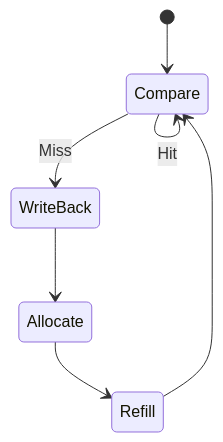
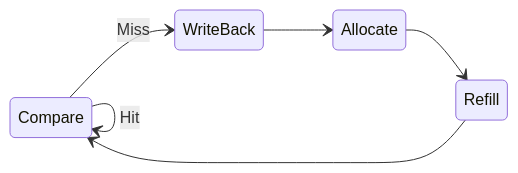
Before and after one commit to aileen-byte/Team14: the second of 2 diagrams in README.md, drawn with Mermaid.

````diff
--- a/README.md
+++ b/README.md
@@ -191,11 +191,11 @@
 ```mermaid
 stateDiagram-v2
-    [*] --> Compare
+    direction LR
 
     Compare --> Compare: Hit
     Compare --> WriteBack: Miss
 
     WriteBack --> Allocate
     Allocate --> Refill
     Refill --> Compare
 ```
````
